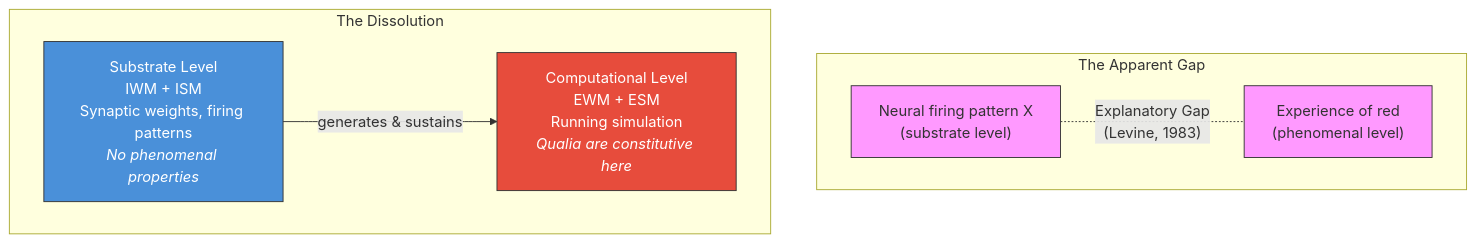
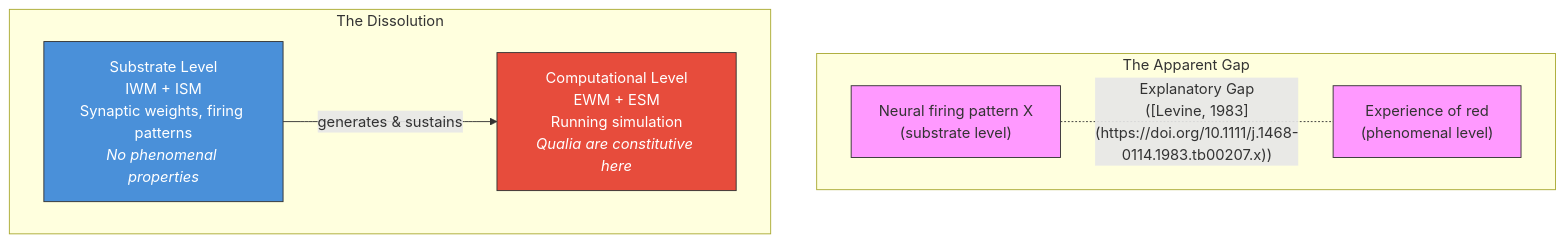
The diagram in wiki/hard-problem/explanatory-gap.md (JeltzProstetnic/aIware), drawn with Mermaid before and after one commit. The commit also changed 116 other files, not shown here.

First line of the commit message:
Wiki post-production: 25 basics articles, SEO fix, citation DOI pass, figure audit

````diff
--- a/wiki/hard-problem/explanatory-gap.md
+++ b/wiki/hard-problem/explanatory-gap.md
@@ -43,15 +43,15 @@
 ```mermaid
 graph TB
     subgraph "The Apparent Gap"
-        A["Neural firing pattern X<br/>(substrate level)"] -.-|"Explanatory Gap<br/>(Levine, 1983)"| B["Experience of red<br/>(phenomenal level)"]
+        A["Neural firing pattern X<br/>(substrate level)"] -.-|"Explanatory Gap<br/>([Levine, 1983](https://doi.org/10.1111/j.1468-0114.1983.tb00207.x))"| B["Experience of red<br/>(phenomenal level)"]
     end
 
     subgraph "The Dissolution"
         C["Substrate Level<br/>IWM + ISM<br/>Synaptic weights, firing patterns<br/><em>No phenomenal properties</em>"] -->|"generates & sustains"| D["Computational Level<br/>EWM + ESM<br/>Running simulation<br/><em>Qualia are constitutive here</em>"]
     end
 
     style A fill:#f9f,stroke:#333
     style B fill:#f9f,stroke:#333
     style C fill:#4a90d9,stroke:#333,color:#fff
     style D fill:#e74c3c,stroke:#333,color:#fff
 ```
````
